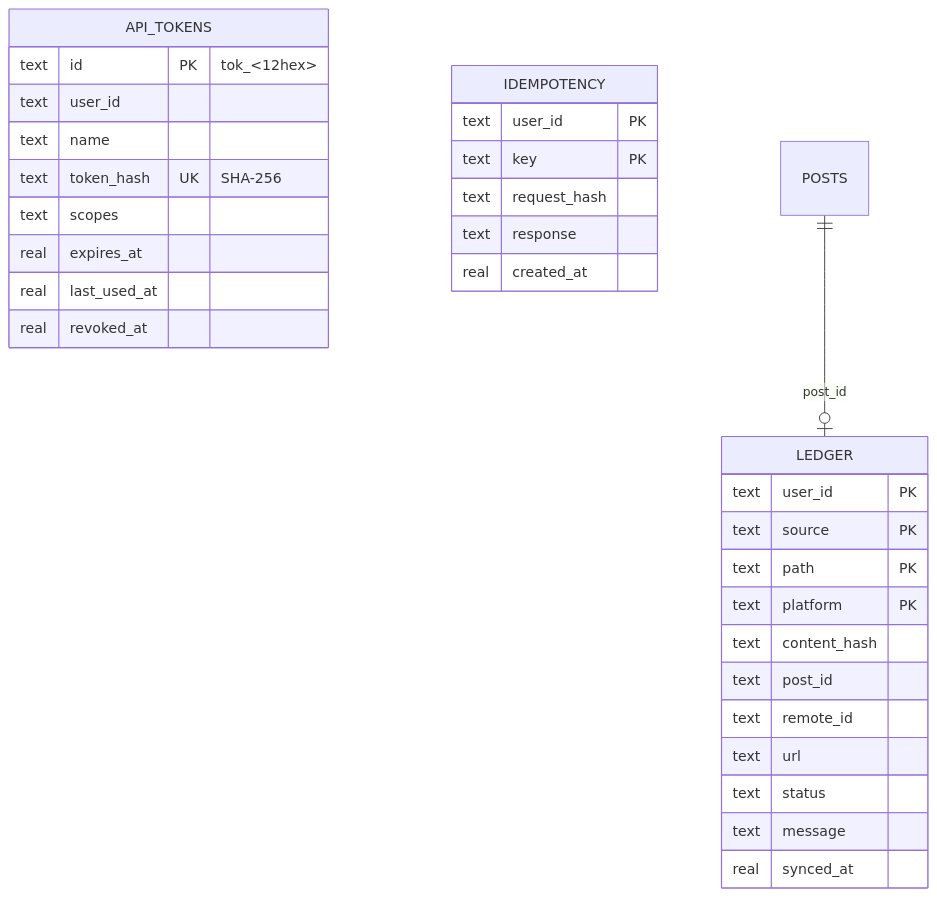
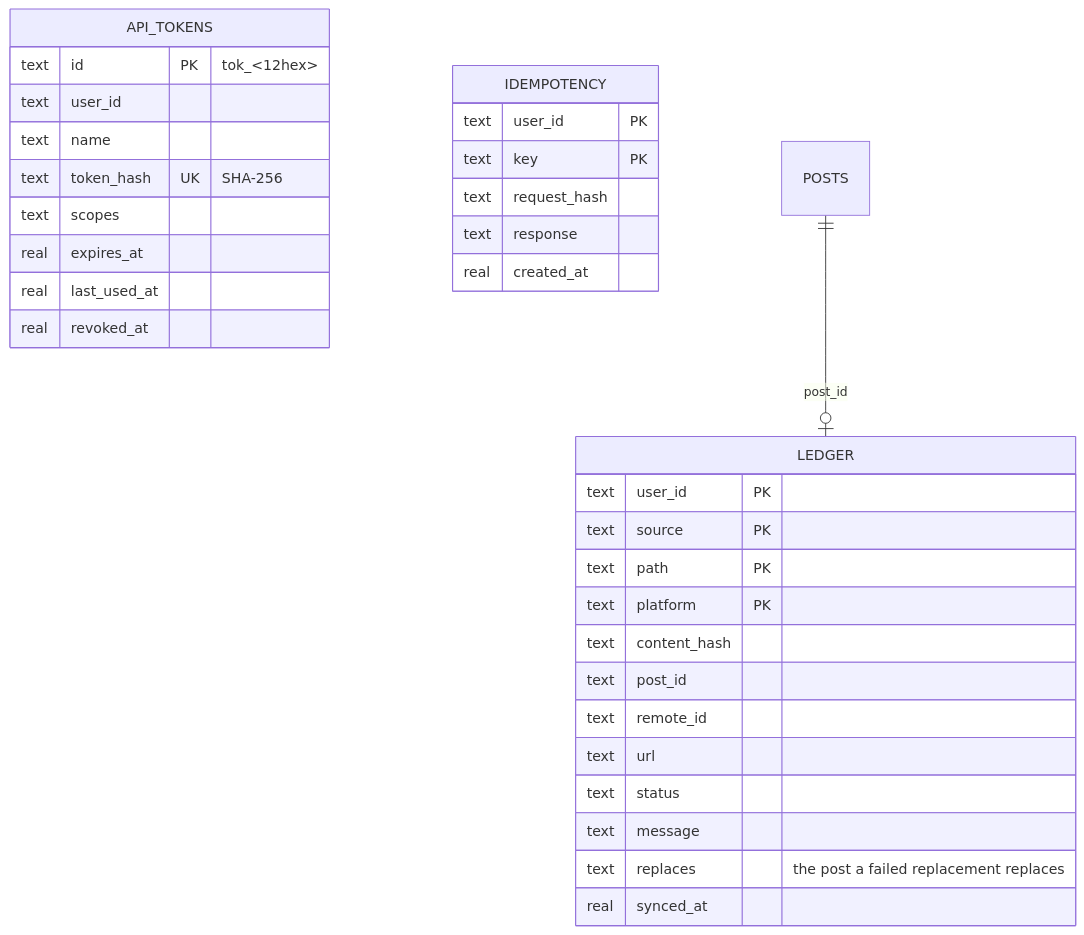
The second of 2 diagrams in docs/epics/E2-git-publishing/design.md (inkcasthq/inkcast), drawn with Mermaid before and after one commit. The commit also changed 6 other files, not shown here.

Commit message:
Git sync: a replacement remade after a failed run keeps the replaced post's created_at (#280) (#414)

````diff
--- a/docs/epics/E2-git-publishing/design.md
+++ b/docs/epics/E2-git-publishing/design.md
@@ -63,28 +63,29 @@
 ```mermaid
 erDiagram
   API_TOKENS { text id PK "tok_<12hex>"
     text user_id
     text name
     text token_hash UK "SHA-256"
     text scopes
     real expires_at
     real last_used_at
     real revoked_at }
   LEDGER { text user_id PK
     text source PK
     text path PK
     text platform PK
     text content_hash
     text post_id
     text remote_id
     text url
     text status
     text message
+    text replaces "the post a failed replacement replaces"
     real synced_at }
   IDEMPOTENCY { text user_id PK
     text key PK
     text request_hash
     text response
     real created_at }
   POSTS ||--o| LEDGER : "post_id"
 ```
````
